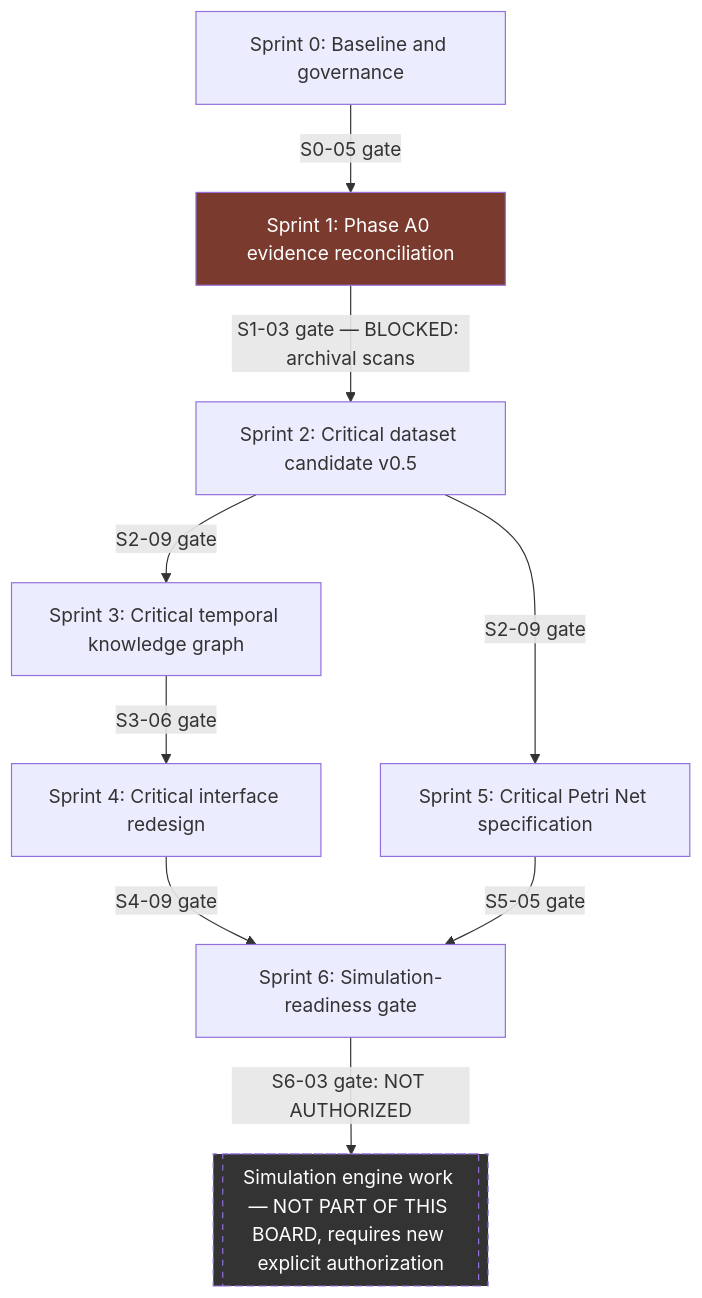
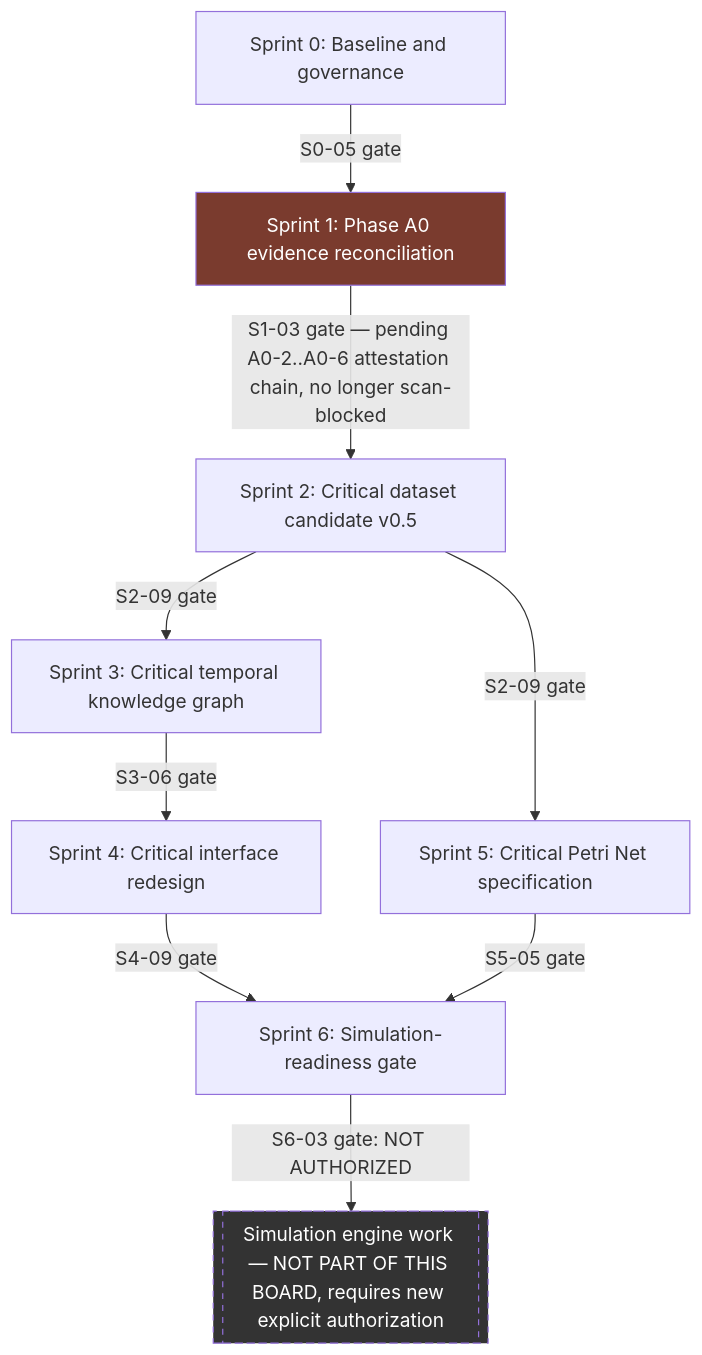
Before and after one commit to mhdikbal/westkust-routes: the diagram in docs/enclave/implementation/ENCLAVE_1682_MASTER_SPRINT_BOARD.md, drawn with Mermaid. The commit also changed other lines of this file and 3 other files, not shown here.

````diff
--- a/docs/enclave/implementation/ENCLAVE_1682_MASTER_SPRINT_BOARD.md
+++ b/docs/enclave/implementation/ENCLAVE_1682_MASTER_SPRINT_BOARD.md
@@ -46,14 +46,14 @@
 ```mermaid
 graph TD
     S0[Sprint 0: Baseline and governance] -->|S0-05 gate| S1[Sprint 1: Phase A0 evidence reconciliation]
-    S1 -->|S1-03 gate — BLOCKED: archival scans| S2[Sprint 2: Critical dataset candidate v0.5]
+    S1 -->|S1-03 gate — pending A0-2..A0-6 attestation chain, no longer scan-blocked| S2[Sprint 2: Critical dataset candidate v0.5]
     S2 -->|S2-09 gate| S3[Sprint 3: Critical temporal knowledge graph]
     S2 -->|S2-09 gate| S5[Sprint 5: Critical Petri Net specification]
     S3 -->|S3-06 gate| S4[Sprint 4: Critical interface redesign]
     S4 -->|S4-09 gate| S6[Sprint 6: Simulation-readiness gate]
     S5 -->|S5-05 gate| S6
     S6 -->|S6-03 gate: NOT AUTHORIZED| SIM[["Simulation engine work — NOT PART OF THIS BOARD, requires new explicit authorization"]]
 
     style S1 fill:#7a3b2e,color:#fff
     style SIM fill:#333,color:#fff,stroke-dasharray: 5 5
 ```
````
